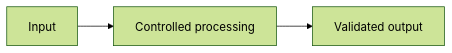
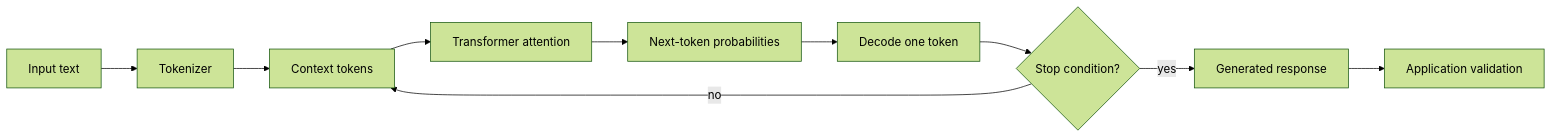
The diagram in content/spring-ai/llm-foundations.md (pradeep2Tech/pradeep2Tech.github.io), drawn with Mermaid (forest theme) before and after one commit. The commit also changed other lines of this file and 11 other files, not shown here.

````diff
--- a/content/spring-ai/llm-foundations.md
+++ b/content/spring-ai/llm-foundations.md
@@ -15,4 +15,9 @@
 ```mermaid
 flowchart LR
-    I[Input] --> C[Controlled processing] --> O[Validated output]
+    T[Input text] --> K[Tokenizer] --> C[Context tokens]
+    C --> A[Transformer attention] --> P[Next-token probabilities]
+    P --> D[Decode one token] --> S{Stop condition?}
+    S -->|no| C
+    S -->|yes| O[Generated response]
+    O --> V[Application validation]
 ```
````
